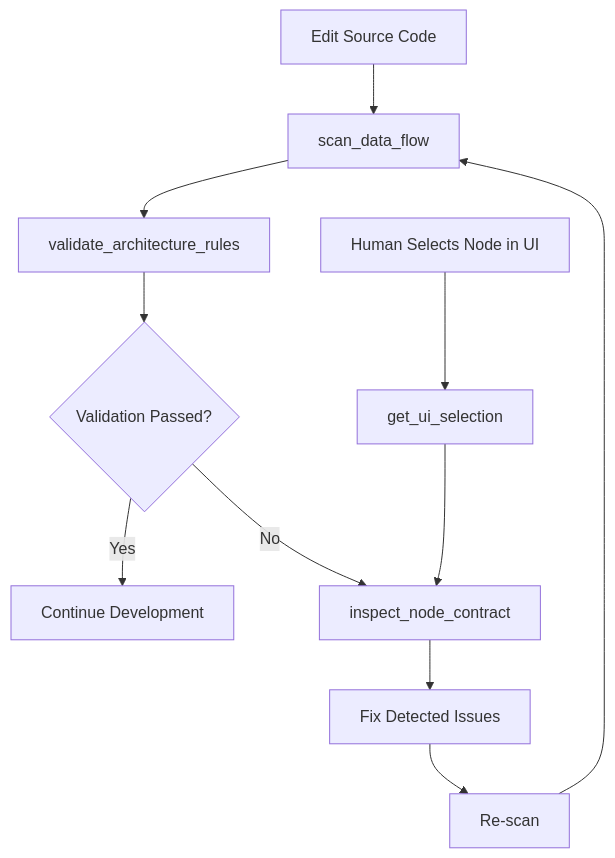
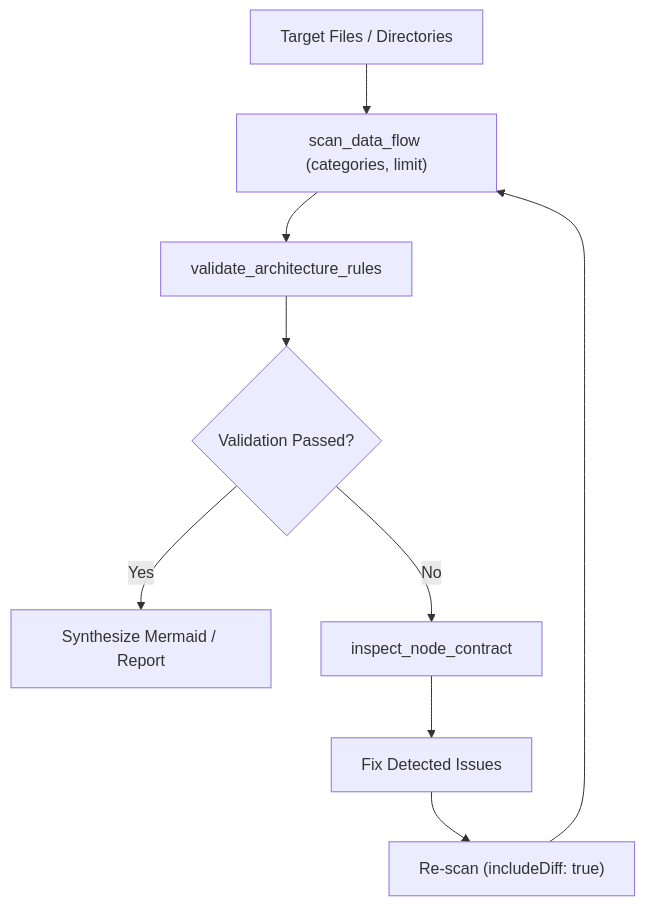
The second of 2 diagrams in README.md (Airukua/CodeRay), drawn with Mermaid before and after one commit. The commit also changed other lines of this file, not shown here.

Commit message:
docs(readme): update architecture, tools, and security stack for headless MCP

````diff
--- a/README.md
+++ b/README.md
@@ -228,13 +226,11 @@
 ```mermaid
 flowchart TD
-    A["Edit Source Code"] --> B["scan_data_flow"]
+    A["Target Files / Directories"] --> B["scan_data_flow (categories, limit)"]
     B --> C["validate_architecture_rules"]
     C --> D{"Validation Passed?"}
-    D -->|Yes| E["Continue Development"]
+    D -->|Yes| E["Synthesize Mermaid / Report"]
     D -->|No| F["inspect_node_contract"]
     F --> G["Fix Detected Issues"]
-    G --> H["Re-scan"]
+    G --> H["Re-scan (includeDiff: true)"]
     H --> B
-    I["Human Selects Node in UI"] --> J["get_ui_selection"]
-    J --> F
 ```
````
